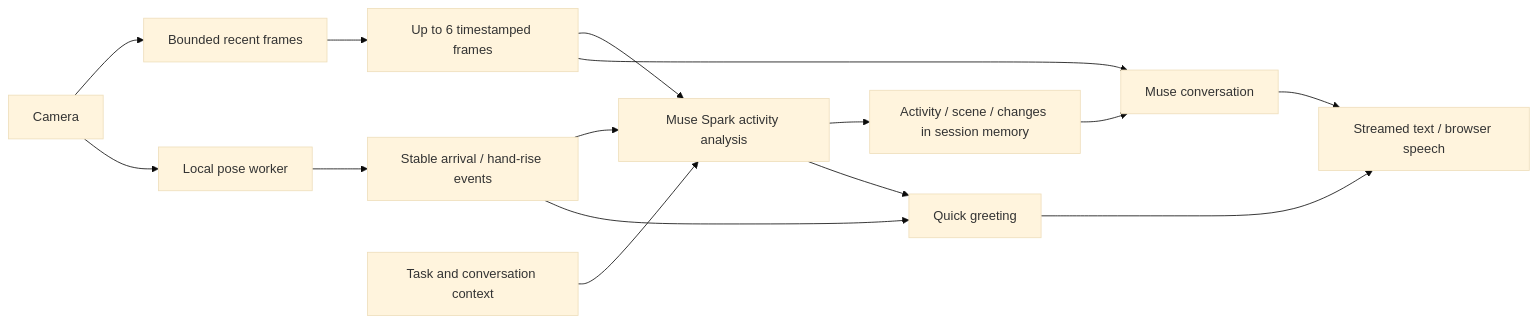
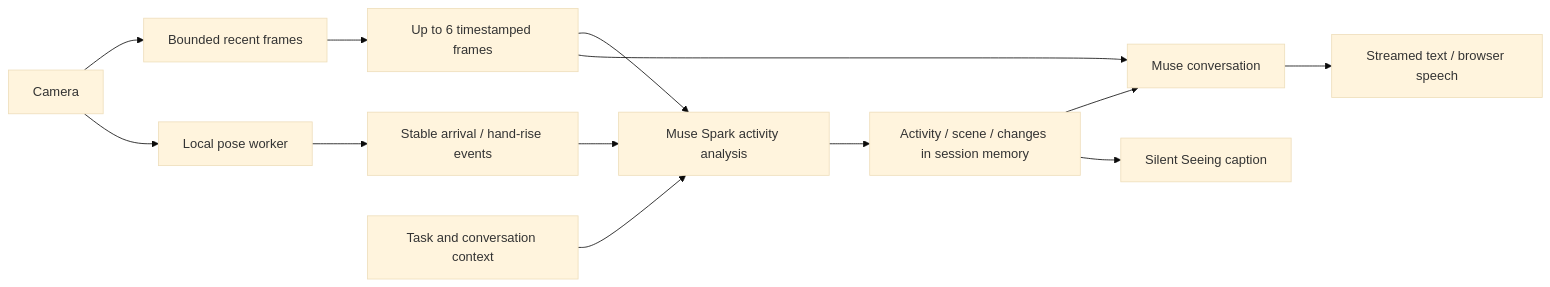
Before and after one commit to parvathinalla/Glint: the diagram in docs/VISUAL_AWARENESS.md, drawn with Mermaid (base theme). The commit also changed other lines of this file and 71 other files, not shown here.

````diff
--- a/docs/VISUAL_AWARENESS.md
+++ b/docs/VISUAL_AWARENESS.md
@@ -5,17 +5,15 @@
 ```mermaid
 flowchart LR
   Camera --> Buffer[Bounded recent frames]
   Camera --> Pose[Local pose worker]
   Pose --> Events[Stable arrival / hand-rise events]
   Buffer --> Sequence[Up to 6 timestamped frames]
   Sequence --> Muse[Muse Spark activity analysis]
   Events --> Muse
   Task[Task and conversation context] --> Muse
   Muse --> Memory[Activity / scene / changes in session memory]
   Memory --> Conversation[Muse conversation]
+  Memory --> Caption[Silent Seeing caption]
   Sequence --> Conversation
-  Events --> Reaction[Quick greeting]
-  Muse --> Reaction
   Conversation --> Reply[Streamed text / browser speech]
-  Reaction --> Reply
 ```
````
